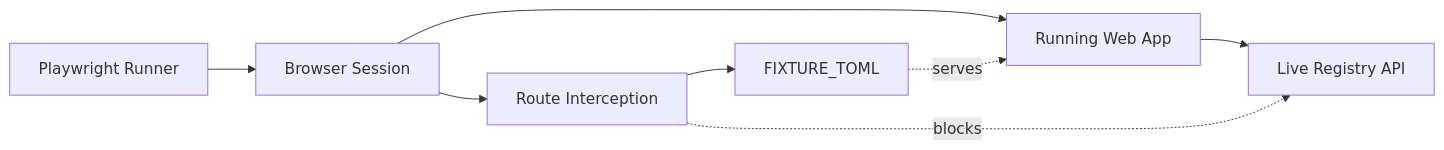
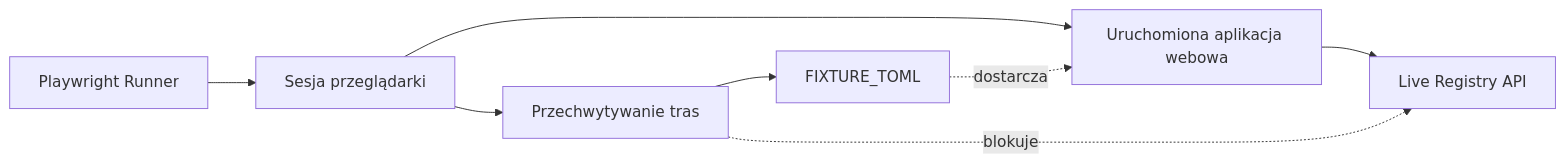
Before and after one commit to leszek3737/librefang-WIki: the diagram in web-e2e.md, drawn with Mermaid. The commit also changed other lines of this file and 104 other files, not shown here.

````diff
--- a/web-e2e.md
+++ b/web-e2e.md
@@ -28,10 +28,10 @@
 ```mermaid
 flowchart LR
-    A[Playwright Runner] --> B[Browser Session]
-    B --> C[Running Web App]
-    B --> D[Route Interception]
+    A[Playwright Runner] --> B[Sesja przeglądarki]
+    B --> C[Uruchomiona aplikacja webowa]
+    B --> D[Przechwytywanie tras]
     D --> E[FIXTURE_TOML]
     C --> F[Live Registry API]
-    D -.blocks.-> F
-    E -.serves.-> C
+    D -.blokuje.-> F
+    E -.dostarcza.-> C
 ```
````
